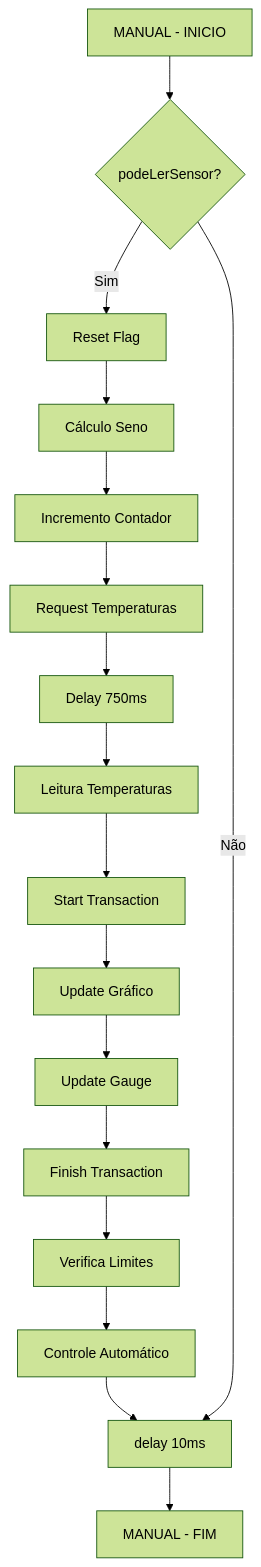
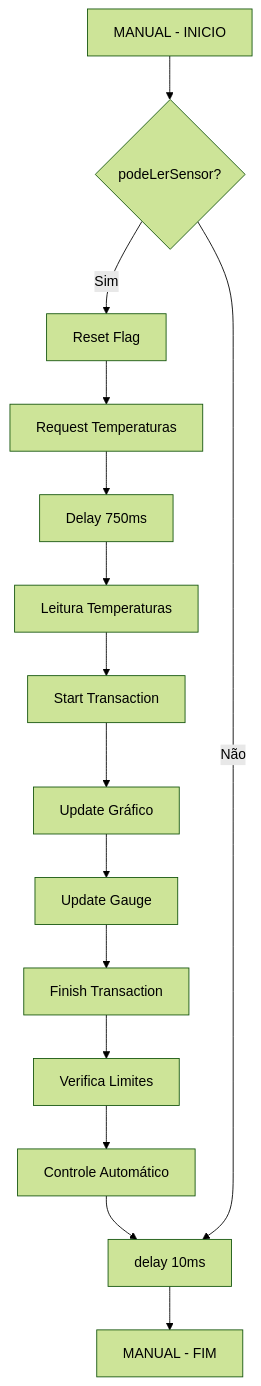
The ninth of 13 diagrams in examples/ESP32/ILI9488/proj_motor/fluxo.md (fkimagem/displayfk), drawn with Mermaid (forest theme) before and after one commit. The commit also changed other lines of this file and 5 other files, not shown here.

````diff
--- a/examples/ESP32/ILI9488/proj_motor/fluxo.md
+++ b/examples/ESP32/ILI9488/proj_motor/fluxo.md
@@ -192,19 +182,17 @@
 ```mermaid
 flowchart TD
     A["MANUAL - INICIO"] --> B{"podeLerSensor?"}
-    B -->|"Sim"| C["Reset Flag"]
-    C --> D["Cálculo Seno"]
-    D --> E["Incremento Contador"]
+    B -->|"Sim"| E["Reset Flag"]
     E --> F["Request Temperaturas"]
     F --> G["Delay 750ms"]
     G --> H["Leitura Temperaturas"]
     H --> I["Start Transaction"]
     I --> J["Update Gráfico"]
     J --> K["Update Gauge"]
     K --> L["Finish Transaction"]
     L --> M["Verifica Limites"]
     M --> N["Controle Automático"]
     N --> O["delay 10ms"]
     O --> P["MANUAL - FIM"]
     B -->|"Não"| O
 ```
````
